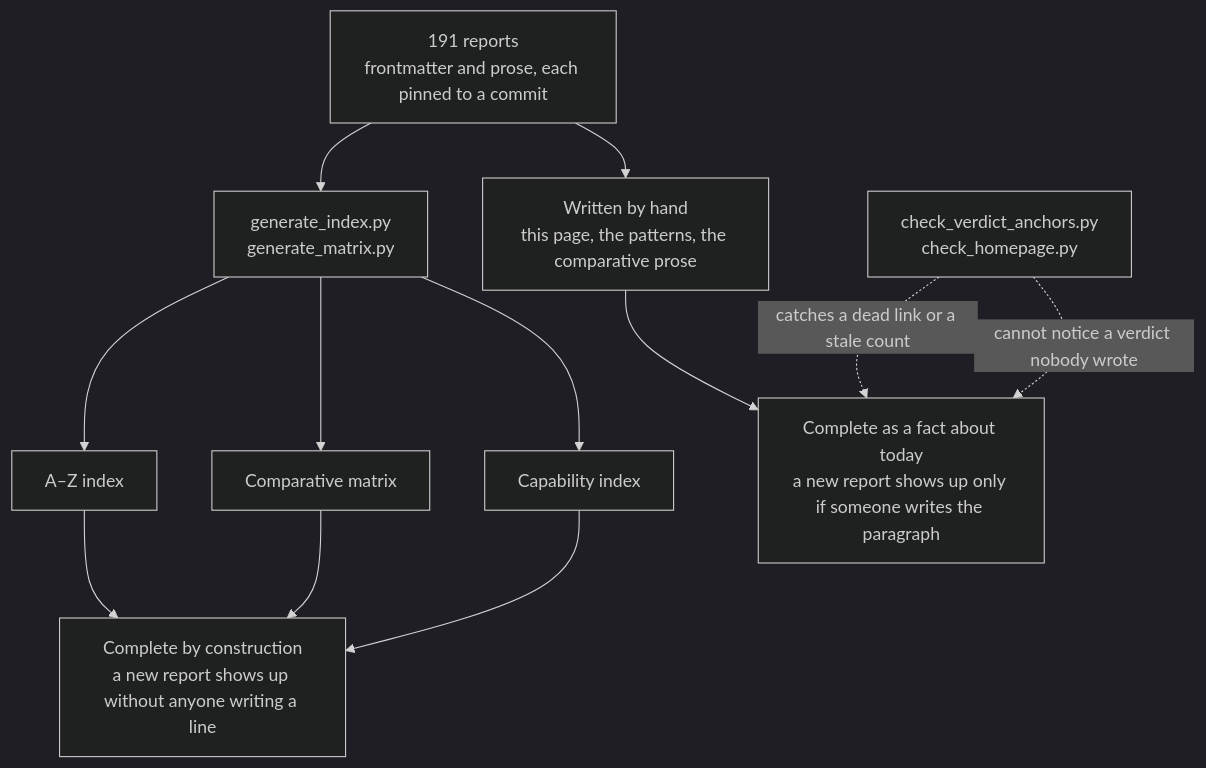
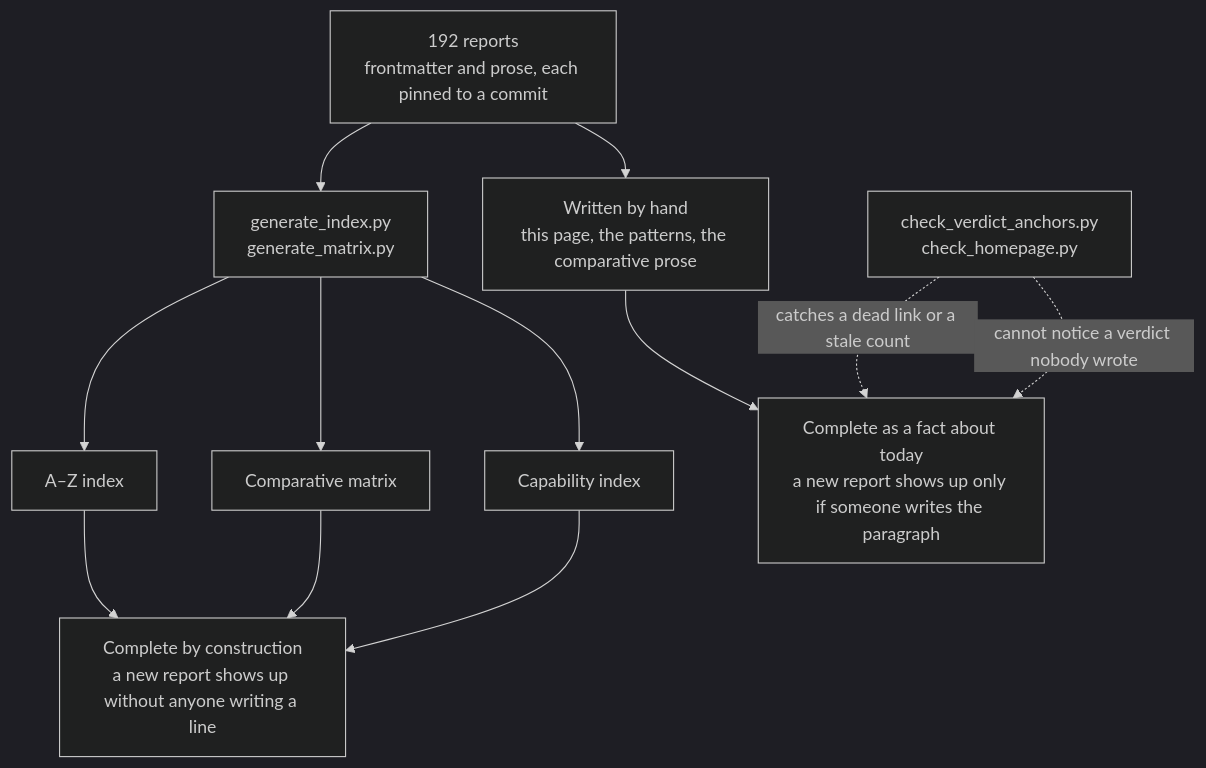
The diagram in content/verdicts.md (neoneye/agent-memory-atlas), drawn with Mermaid (dark theme) before and after one commit. The commit also changed other lines of this file and 19 other files, not shown here.

````diff
--- a/content/verdicts.md
+++ b/content/verdicts.md
@@ -40,15 +40,15 @@
 ```mermaid
 flowchart TD
-    R["191 reports<br/>frontmatter and prose, each pinned to a commit"]
+    R["192 reports<br/>frontmatter and prose, each pinned to a commit"]
     R --> GEN["generate_index.py<br/>generate_matrix.py"]
     R --> HAND["Written by hand<br/>this page, the patterns, the comparative prose"]
     GEN --> AZ["A–Z index"]
     GEN --> MX["Comparative matrix"]
     GEN --> CI["Capability index"]
     AZ --> CONST["Complete by construction<br/>a new report shows up without anyone writing a line"]
     MX --> CONST
     CI --> CONST
     HAND --> TODAY["Complete as a fact about today<br/>a new report shows up only if someone writes the paragraph"]
     CHK["check_verdict_anchors.py<br/>check_homepage.py"] -.->|"catches a dead link or a stale count"| TODAY
     CHK -.->|"cannot notice a verdict nobody wrote"| TODAY
 ```
````
